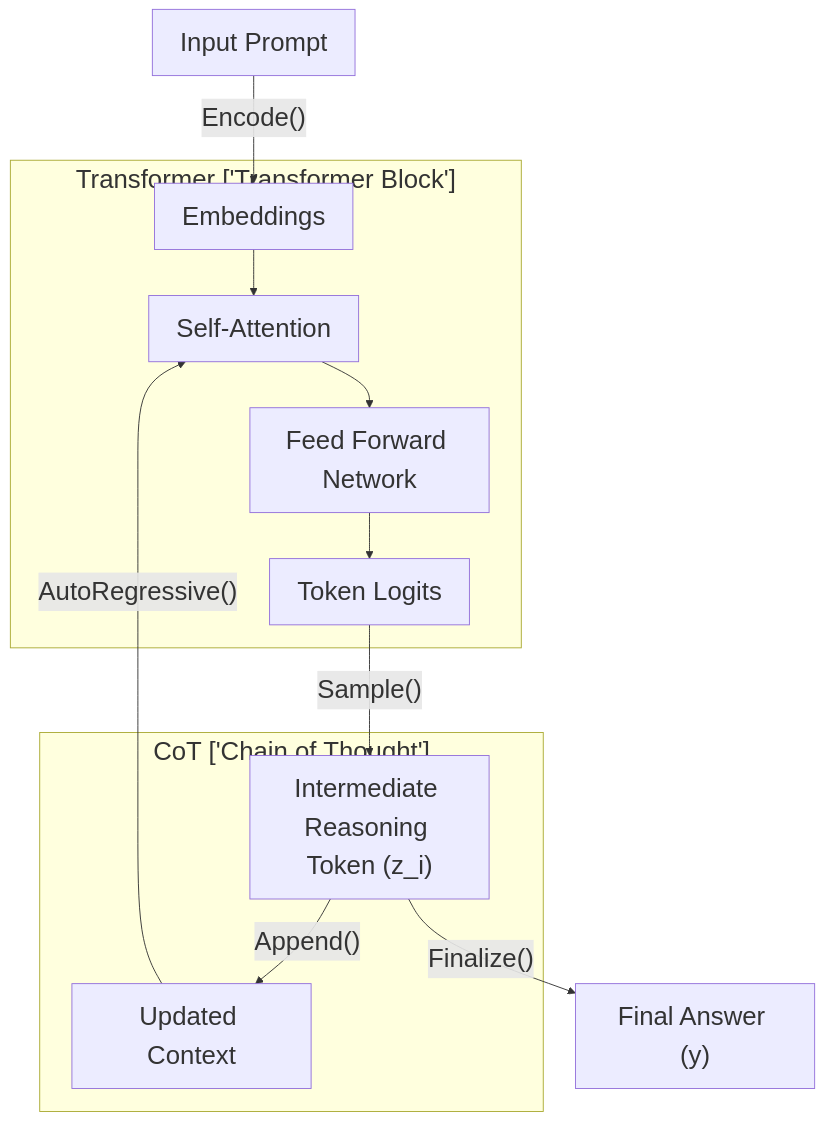
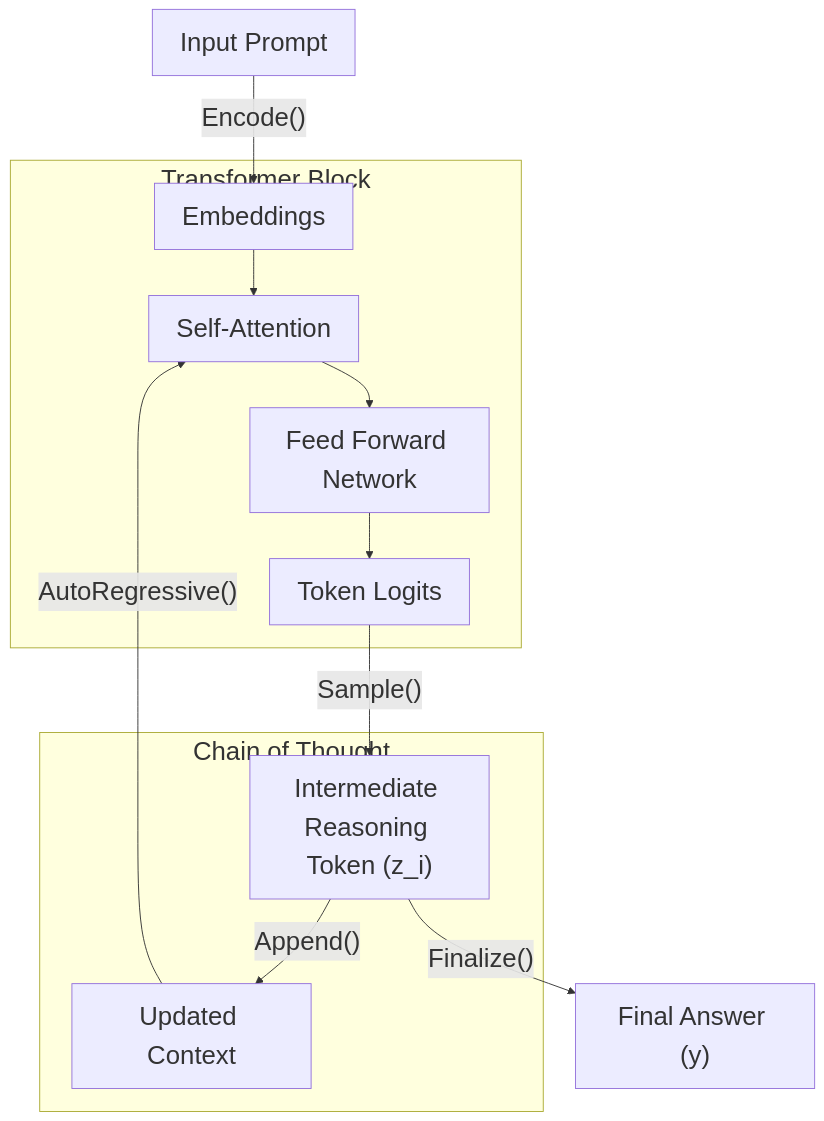
Before and after one commit to j4flmao/agent-skills: the diagram in skills/prompt-engineering/chain-of-thought/SKILL.md, drawn with Mermaid. The commit also changed 38 other files, not shown here.

Commit message:
style(skills): Add padding to Mermaid subgraphs to prevent label overlap with nodes

````diff
--- a/skills/prompt-engineering/chain-of-thought/SKILL.md
+++ b/skills/prompt-engineering/chain-of-thought/SKILL.md
@@ -16,19 +16,19 @@
 ```mermaid
 %%{init: {"theme": "default", "themeVariables": {"fontSize": "28px"}, "flowchart": {"useMaxWidth": false}}}%%
 flowchart TD
     Prompt["Input Prompt"] -->|"Encode()"| Embeddings
     
-    subgraph TransformerTransformerBlock ["Transformer ['Transformer Block']"]
+    subgraph TransformerTransformerBlock ["Transformer Block<br/>"]
         Embeddings --> Attention["Self-Attention"]
         Attention --> FFN["Feed Forward Network"]
         FFN --> Logits["Token Logits"]
     end
     
-    subgraph CoTChainofThought ["CoT ['Chain of Thought']"]
+    subgraph CoTChainofThought ["Chain of Thought<br/>"]
         Logits -->|"Sample()"| Token_Z["Intermediate Reasoning Token (z_i)"]
         Token_Z -->|"Append()"| Context["Updated Context"]
         Context -->|"AutoRegressive()"| Attention
     end
     
     Token_Z -->|"Finalize()"| Answer["Final Answer (y)"]
 ```
````
